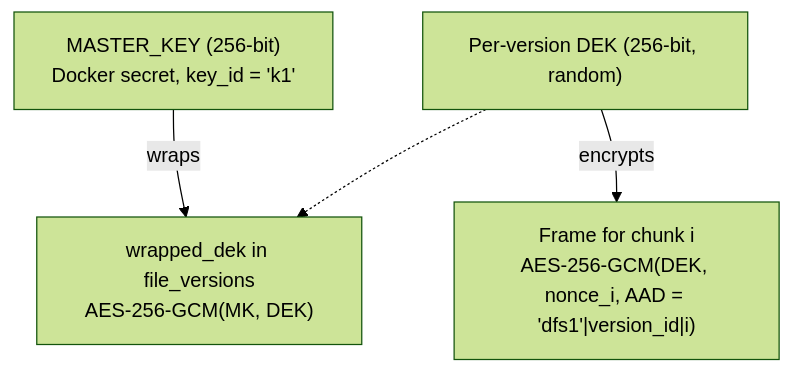
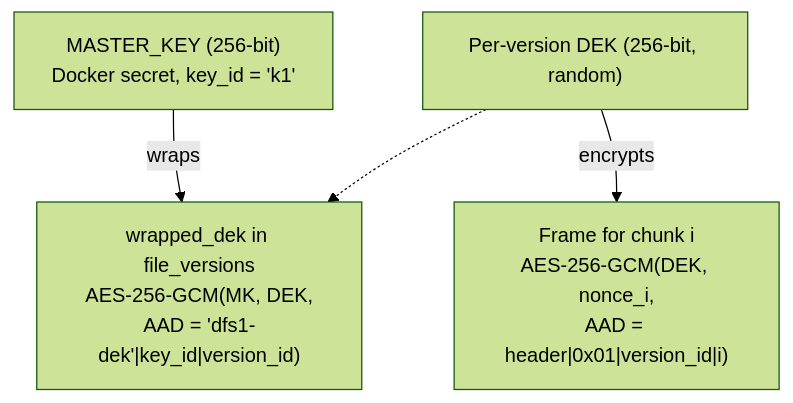
One commit to AlexB8675/DFS changed the ninth of 10 diagrams in docs/DESIGN.md. Above: the diagram before and after it, drawn with Mermaid (forest theme). The commit also changed other lines of this file, not shown here.

````diff
--- a/docs/DESIGN.md
+++ b/docs/DESIGN.md
@@ -513,10 +529,10 @@
 ```mermaid
 flowchart TD
     MK["MASTER_KEY (256-bit)<br/>Docker secret, key_id = 'k1'"]
     DEK["Per-version DEK (256-bit, random)"]
-    WDEK["wrapped_dek in file_versions<br/>AES-256-GCM(MK, DEK)"]
-    CH["Frame for chunk i<br/>AES-256-GCM(DEK, nonce_i, AAD = 'dfs1'|version_id|i)"]
+    WDEK["wrapped_dek in file_versions<br/>AES-256-GCM(MK, DEK,<br/>AAD = 'dfs1-dek'|key_id|version_id)"]
+    CH["Frame for chunk i<br/>AES-256-GCM(DEK, nonce_i,<br/>AAD = header|0x01|version_id|i)"]
     MK -->|wraps| WDEK
     DEK -.-> WDEK
     DEK -->|encrypts| CH
 ```
````
